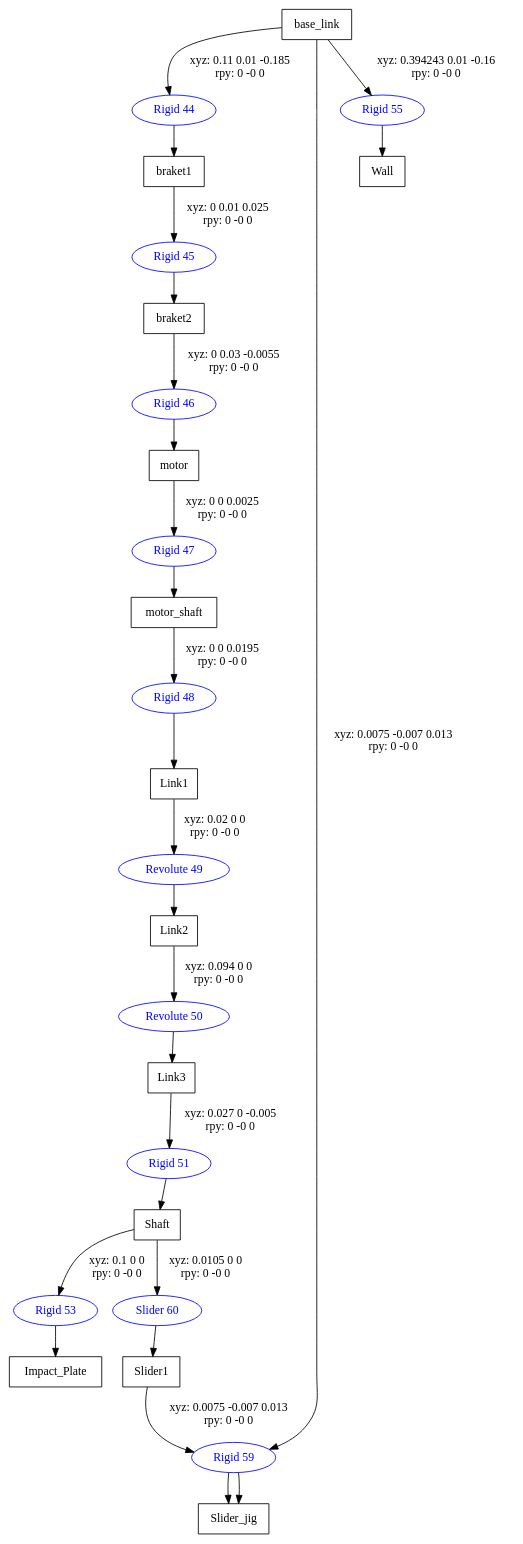
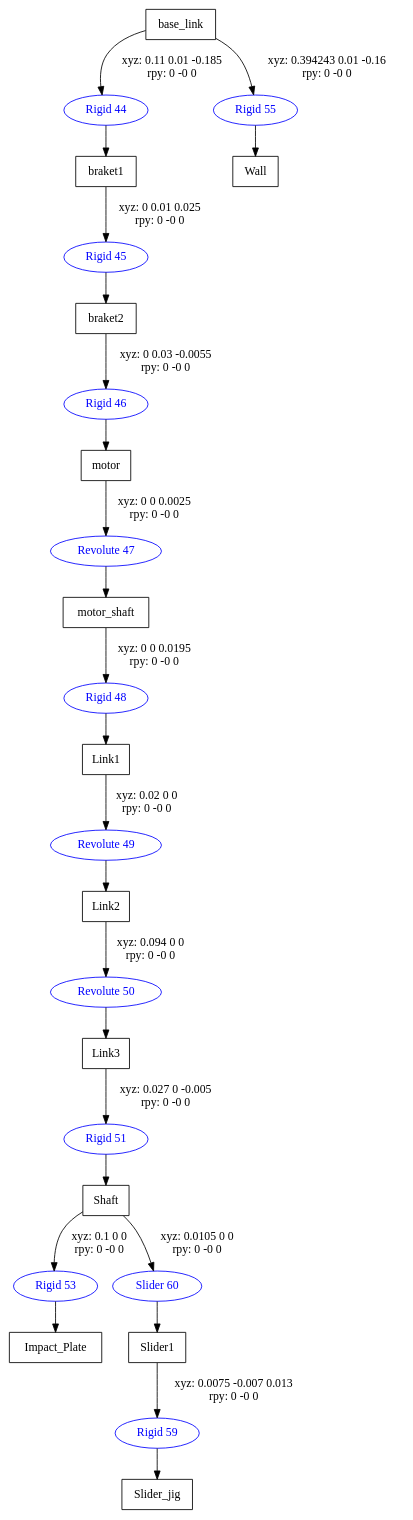
Before and after one commit to 55155/genesis_simulator_linux: the diagram in My_asset/Crank_slider_system_description/urdf/Crank_slider_system.gv, drawn with Graphviz. The commit also changed 94 other files, not shown here.

```diff
--- a/My_asset/Crank_slider_system_description/urdf/Crank_slider_system.gv
+++ b/My_asset/Crank_slider_system_description/urdf/Crank_slider_system.gv
@@ -1,44 +1,41 @@
 digraph G {
 node [shape=box];
 "base_link" [label="base_link"];
 "braket1" [label="braket1"];
 "braket2" [label="braket2"];
 "motor" [label="motor"];
 "motor_shaft" [label="motor_shaft"];
 "Link1" [label="Link1"];
 "Link2" [label="Link2"];
 "Link3" [label="Link3"];
 "Shaft" [label="Shaft"];
 "Impact_Plate" [label="Impact_Plate"];
 "Slider1" [label="Slider1"];
 "Slider_jig" [label="Slider_jig"];
-"Slider_jig" [label="Slider_jig"];
 "Wall" [label="Wall"];
 node [shape=ellipse, color=blue, fontcolor=blue];
 "base_link" -> "Rigid 44" [label="xyz: 0.11 0.01 -0.185 \nrpy: 0 -0 0"]
 "Rigid 44" -> "braket1"
 "braket1" -> "Rigid 45" [label="xyz: 0 0.01 0.025 \nrpy: 0 -0 0"]
 "Rigid 45" -> "braket2"
 "braket2" -> "Rigid 46" [label="xyz: 0 0.03 -0.0055 \nrpy: 0 -0 0"]
 "Rigid 46" -> "motor"
-"motor" -> "Rigid 47" [label="xyz: 0 0 0.0025 \nrpy: 0 -0 0"]
-"Rigid 47" -> "motor_shaft"
+"motor" -> "Revolute 47" [label="xyz: 0 0 0.0025 \nrpy: 0 -0 0"]
+"Revolute 47" -> "motor_shaft"
 "motor_shaft" -> "Rigid 48" [label="xyz: 0 0 0.0195 \nrpy: 0 -0 0"]
 "Rigid 48" -> "Link1"
 "Link1" -> "Revolute 49" [label="xyz: 0.02 0 0 \nrpy: 0 -0 0"]
 "Revolute 49" -> "Link2"
 "Link2" -> "Revolute 50" [label="xyz: 0.094 0 0 \nrpy: 0 -0 0"]
 "Revolute 50" -> "Link3"
 "Link3" -> "Rigid 51" [label="xyz: 0.027 0 -0.005 \nrpy: 0 -0 0"]
 "Rigid 51" -> "Shaft"
 "Shaft" -> "Rigid 53" [label="xyz: 0.1 0 0 \nrpy: 0 -0 0"]
 "Rigid 53" -> "Impact_Plate"
 "Shaft" -> "Slider 60" [label="xyz: 0.0105 0 0 \nrpy: 0 -0 0"]
 "Slider 60" -> "Slider1"
 "Slider1" -> "Rigid 59" [label="xyz: 0.0075 -0.007 0.013 \nrpy: 0 -0 0"]
 "Rigid 59" -> "Slider_jig"
-"base_link" -> "Rigid 59" [label="xyz: 0.0075 -0.007 0.013 \nrpy: 0 -0 0"]
-"Rigid 59" -> "Slider_jig"
 "base_link" -> "Rigid 55" [label="xyz: 0.394243 0.01 -0.16 \nrpy: 0 -0 0"]
 "Rigid 55" -> "Wall"
 }
```
